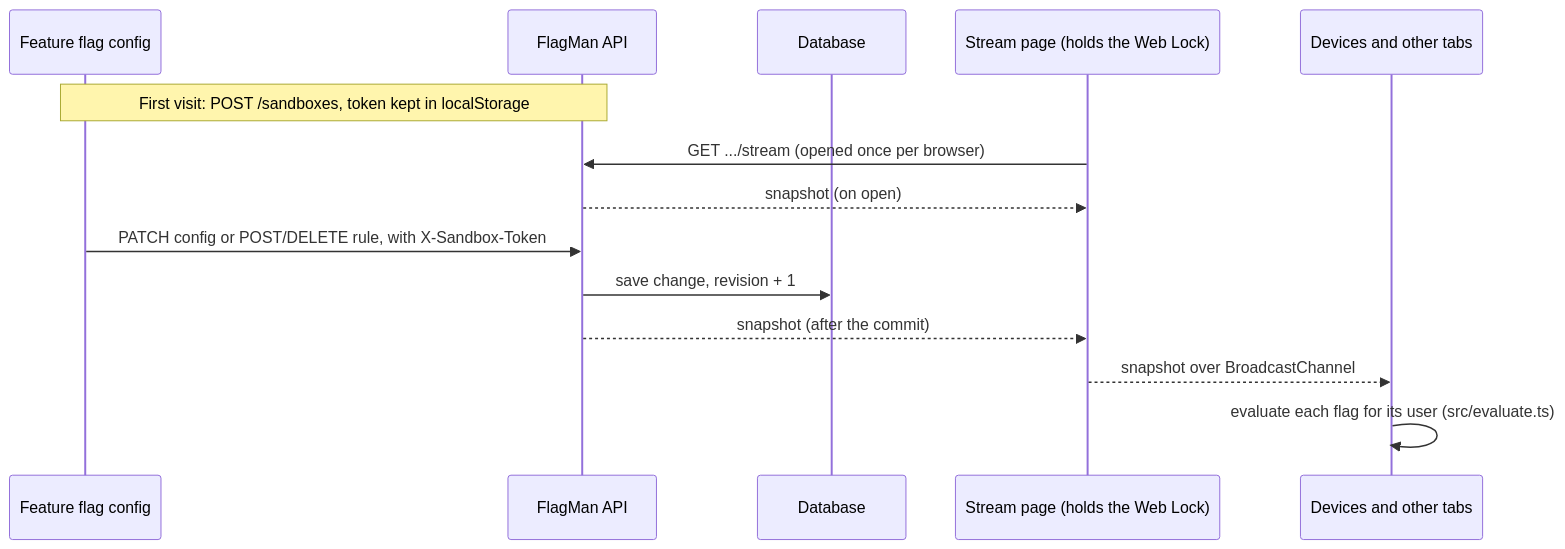
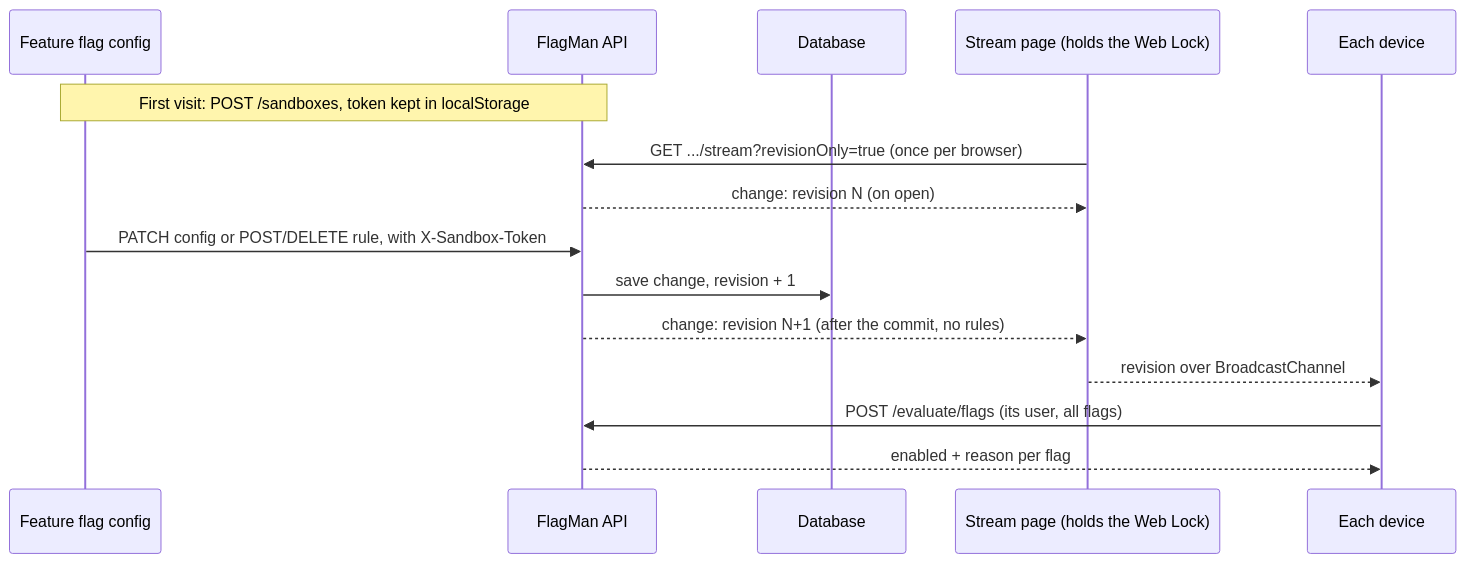
The diagram in README.md (Juice02/flagman-demo), drawn with Mermaid before and after one commit. The commit also changed other lines of this file and 8 other files, not shown here.

First line of the commit message:
Let FlagMan evaluate the flags for each device

````diff
--- a/README.md
+++ b/README.md
@@ -47,16 +47,17 @@
 ```mermaid
 sequenceDiagram
     participant Panel as Feature flag config
     participant API as FlagMan API
     participant DB as Database
     participant Lead as Stream page (holds the Web Lock)
-    participant Dev as Devices and other tabs
+    participant Dev as Each device
     Note over Panel,API: First visit: POST /sandboxes, token kept in localStorage
-    Lead->>API: GET .../stream (opened once per browser)
-    API-->>Lead: snapshot (on open)
+    Lead->>API: GET .../stream?revisionOnly=true (once per browser)
+    API-->>Lead: change: revision N (on open)
     Panel->>API: PATCH config or POST/DELETE rule, with X-Sandbox-Token
     API->>DB: save change, revision + 1
-    API-->>Lead: snapshot (after the commit)
-    Lead-->>Dev: snapshot over BroadcastChannel
-    Dev->>Dev: evaluate each flag for its user (src/evaluate.ts)
+    API-->>Lead: change: revision N+1 (after the commit, no rules)
+    Lead-->>Dev: revision over BroadcastChannel
+    Dev->>API: POST /evaluate/flags (its user, all flags)
+    API-->>Dev: enabled + reason per flag
 ```
````
